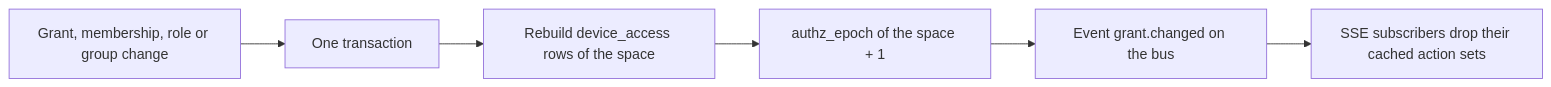
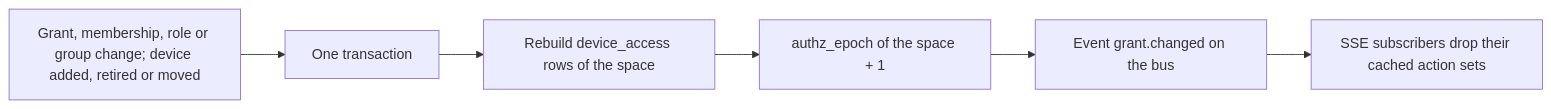
The first of 2 diagrams in docs/design/authz.md (CuriousTimo/Maker-Connect), drawn with Mermaid before and after one commit. The commit also changed other lines of this file and 4 other files, not shown here.

````diff
--- a/docs/design/authz.md
+++ b/docs/design/authz.md
@@ -133,10 +135,10 @@
 ```mermaid
 flowchart LR
-  change["Grant, membership, role or group change"]
+  change["Grant, membership, role or group change; device added, retired or moved"]
   tx["One transaction"]
   rebuild["Rebuild device_access rows of the space"]
   epoch["authz_epoch of the space + 1"]
   bus["Event grant.changed on the bus"]
   sse["SSE subscribers drop their cached action sets"]
   change --> tx --> rebuild --> epoch --> bus --> sse
 ```
````
